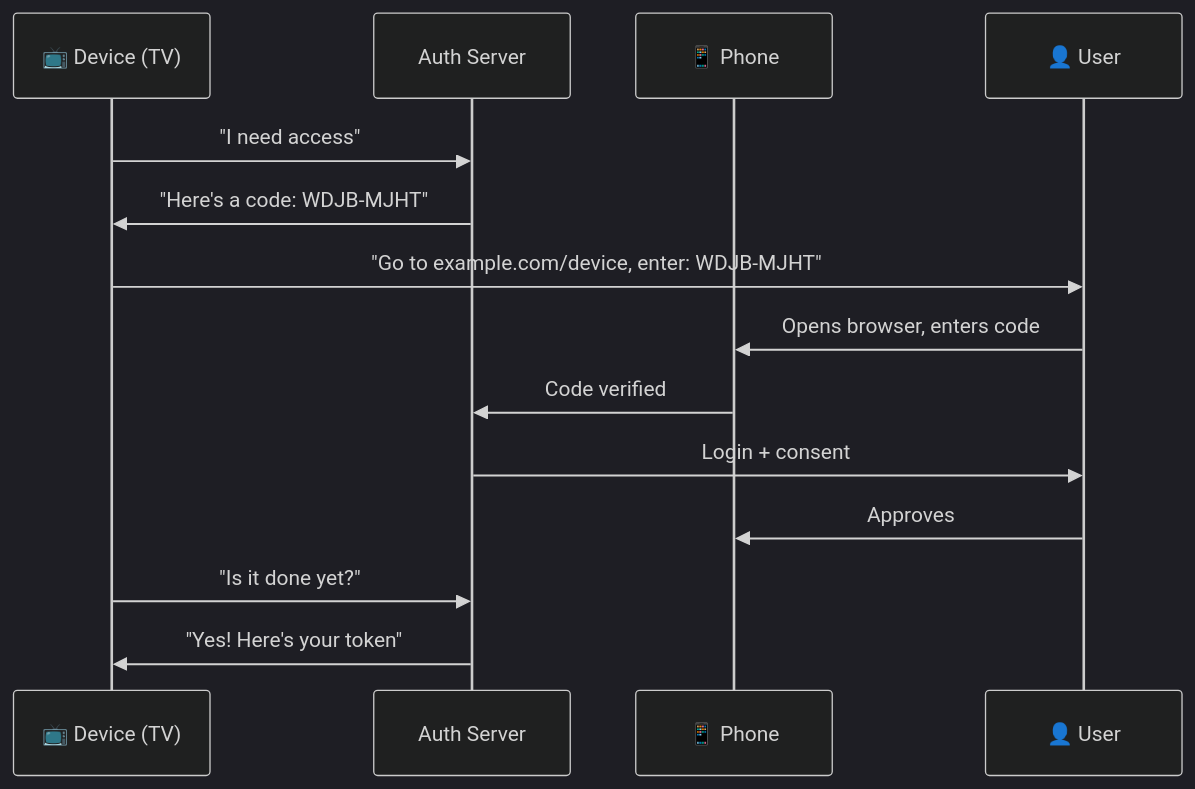
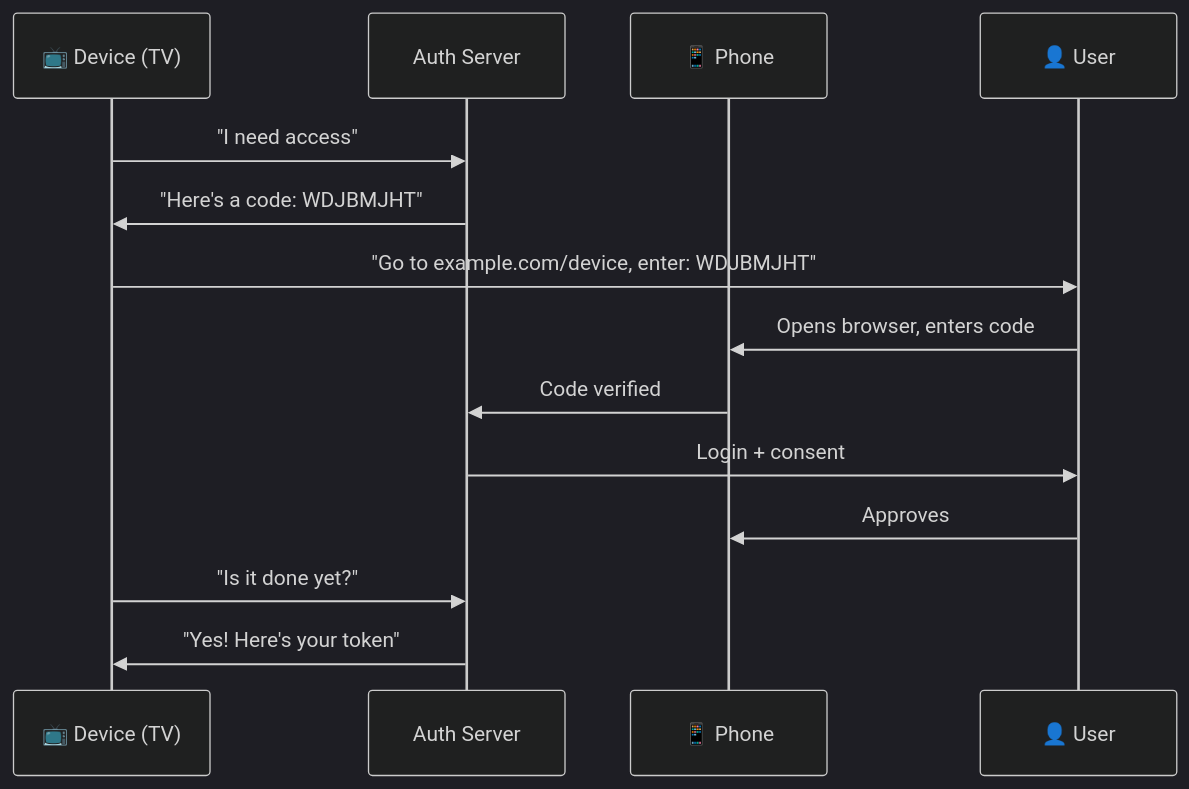
Before and after one commit to blackadi/OAUTH2.0: the second of 5 diagrams in docs/DEVICE-FLOW-TUTORIAL.md, drawn with Mermaid. The commit also changed other lines of this file and 2 other files, not shown here.

First line of the commit message:
docs(device-flow): correct RFC 8628 and Authlete specifics

````diff
--- a/docs/DEVICE-FLOW-TUTORIAL.md
+++ b/docs/DEVICE-FLOW-TUTORIAL.md
@@ -56,18 +56,18 @@
 ```mermaid
 %%{init: {'theme': 'dark'}}%%
 sequenceDiagram
     participant Device as 📺 Device (TV)
     participant Server as Auth Server
     participant Phone as 📱 Phone
     participant User as 👤 User
 
     Device->>Server: "I need access"
-    Server->>Device: "Here's a code: WDJB-MJHT"
-    Device->>User: "Go to example.com/device, enter: WDJB-MJHT"
+    Server->>Device: "Here's a code: WDJBMJHT"
+    Device->>User: "Go to example.com/device, enter: WDJBMJHT"
     User->>Phone: Opens browser, enters code
     Phone->>Server: Code verified
     Server->>User: Login + consent
     User->>Phone: Approves
     Device->>Server: "Is it done yet?"
     Server->>Device: "Yes! Here's your token"
 ```
````
